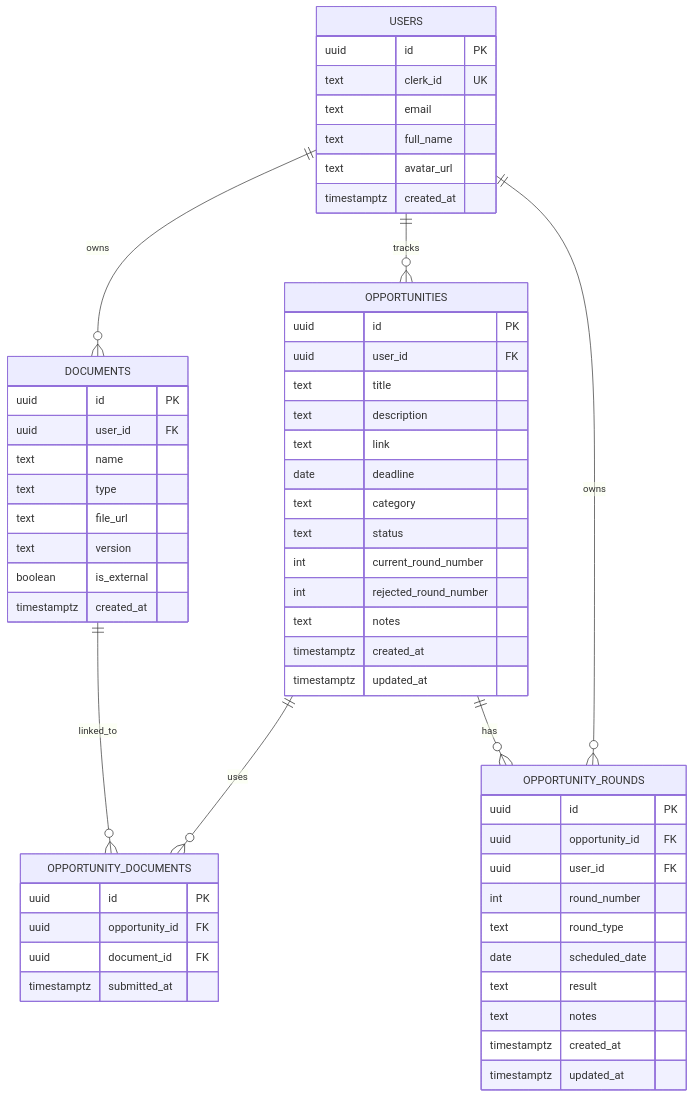
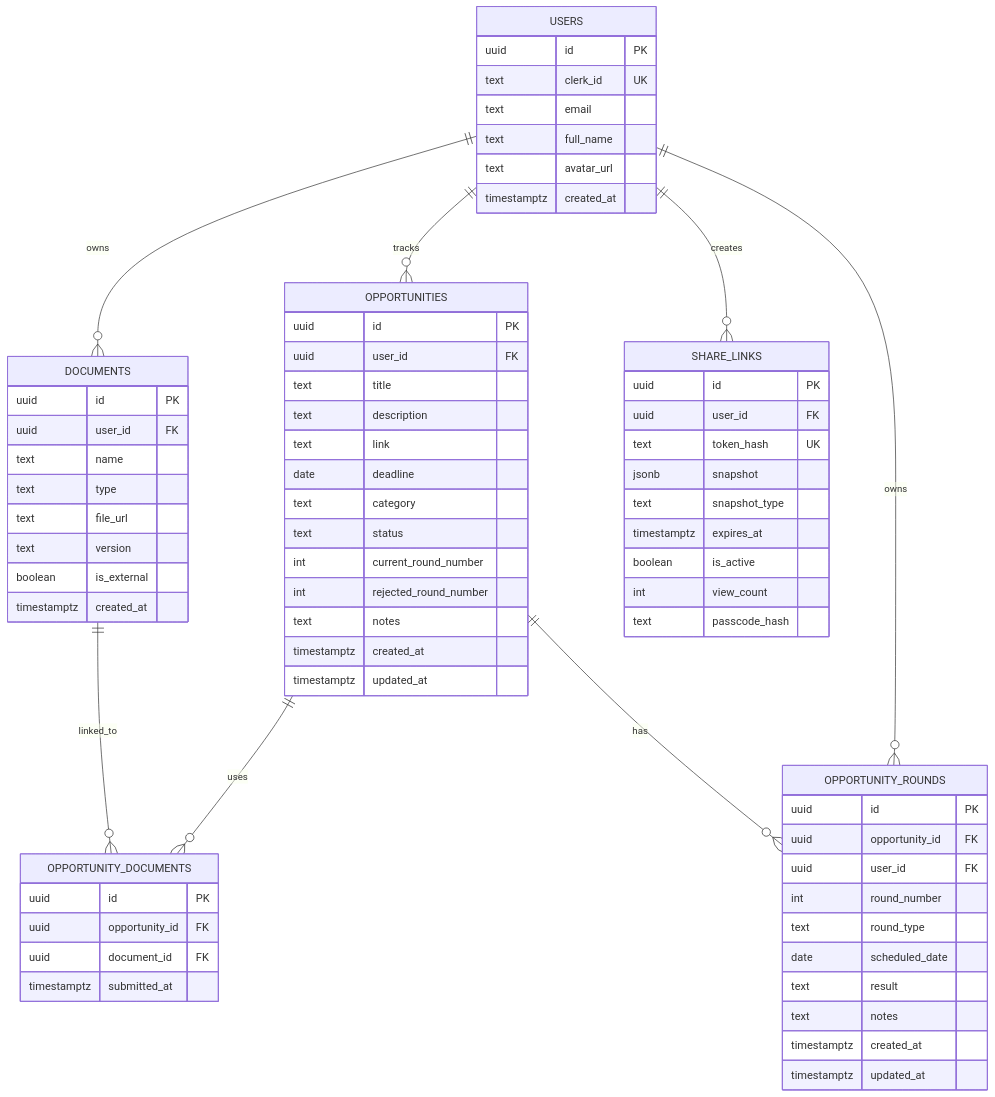
Before and after one commit to Dev1822/FutureStack: the second of 2 diagrams in README.md, drawn with Mermaid. The commit also changed other lines of this file and 4 other files, not shown here.

Commit message:
Document dashboard share links

````diff
--- a/README.md
+++ b/README.md
@@ -158,65 +160,78 @@
 ```mermaid
 erDiagram
     USERS ||--o{ OPPORTUNITIES : tracks
     USERS ||--o{ DOCUMENTS : owns
     USERS ||--o{ OPPORTUNITY_ROUNDS : owns
+    USERS ||--o{ SHARE_LINKS : creates
     OPPORTUNITIES ||--o{ OPPORTUNITY_DOCUMENTS : uses
     OPPORTUNITIES ||--o{ OPPORTUNITY_ROUNDS : has
     DOCUMENTS ||--o{ OPPORTUNITY_DOCUMENTS : linked_to
 
     USERS {
         uuid id PK
         text clerk_id UK
         text email
         text full_name
         text avatar_url
         timestamptz created_at
     }
 
     OPPORTUNITIES {
         uuid id PK
         uuid user_id FK
         text title
         text description
         text link
         date deadline
         text category
         text status
         int current_round_number
         int rejected_round_number
         text notes
         timestamptz created_at
         timestamptz updated_at
     }
 
     OPPORTUNITY_ROUNDS {
         uuid id PK
         uuid opportunity_id FK
         uuid user_id FK
         int round_number
         text round_type
         date scheduled_date
         text result
         text notes
         timestamptz created_at
         timestamptz updated_at
     }
 
     DOCUMENTS {
         uuid id PK
         uuid user_id FK
         text name
         text type
         text file_url
         text version
         boolean is_external
         timestamptz created_at
     }
 
     OPPORTUNITY_DOCUMENTS {
         uuid id PK
         uuid opportunity_id FK
         uuid document_id FK
         timestamptz submitted_at
     }
+
+    SHARE_LINKS {
+        uuid id PK
+        uuid user_id FK
+        text token_hash UK
+        jsonb snapshot
+        text snapshot_type
+        timestamptz expires_at
+        boolean is_active
+        int view_count
+        text passcode_hash
+    }
 ```
````
